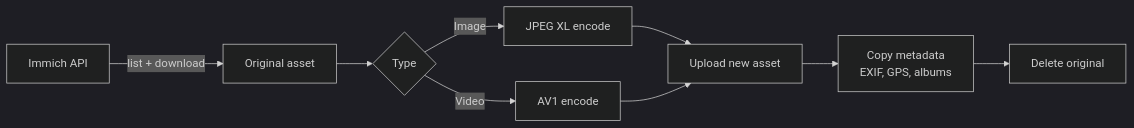
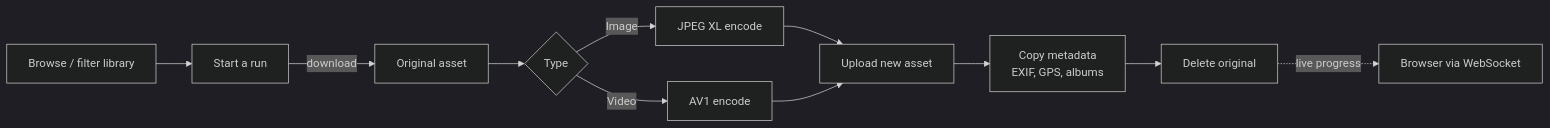
One commit to fabianwimberger/immich-convert-originals changed the diagram in README.md. Above: the diagram before and after it, drawn with Mermaid (dark theme). The commit also changed other lines of this file and 98 other files, not shown here.

First line of the commit message:
feat: GUI redesign with album/date-range runs and live per-asset progress (#69)

````diff
--- a/README.md
+++ b/README.md
@@ -39,11 +41,13 @@
 ```mermaid
 flowchart LR
-    A[Immich API] -->|list + download| B[Original asset]
-    B --> C{Type}
-    C -->|Image| D[JPEG XL encode]
-    C -->|Video| E[AV1 encode]
-    D --> F[Upload new asset]
-    E --> F
-    F --> G[Copy metadata<br/>EXIF, GPS, albums]
-    G --> H[Delete original]
+    A[Browse / filter library] --> B[Start a run]
+    B -->|download| C[Original asset]
+    C --> D{Type}
+    D -->|Image| E[JPEG XL encode]
+    D -->|Video| F[AV1 encode]
+    E --> G[Upload new asset]
+    F --> G
+    G --> H[Copy metadata<br/>EXIF, GPS, albums]
+    H --> I[Delete original]
+    I -.->|live progress| J[Browser via WebSocket]
 ```
````
